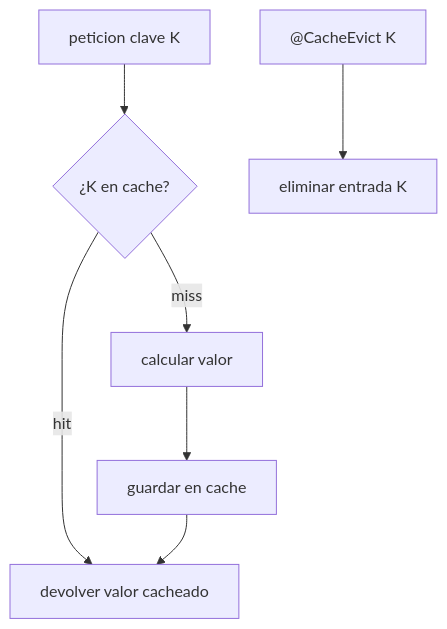
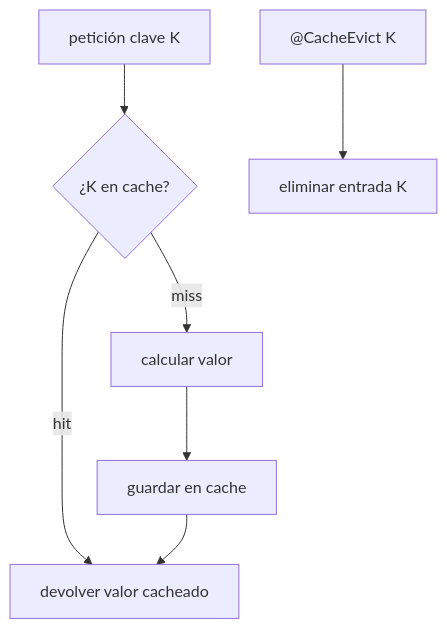
Before and after one commit to obiticadev/DAM-2025-26: the first of 5 diagrams in Programación/Aprendizaje autodidacta/11_APIRESTMasterclass/teoria/21_Rendimiento_Resiliencia.md, drawn with Mermaid. The commit also changed other lines of this file and 74 other files, not shown here.

````diff
--- a/Programación/Aprendizaje autodidacta/11_APIRESTMasterclass/teoria/21_Rendimiento_Resiliencia.md
+++ b/Programación/Aprendizaje autodidacta/11_APIRESTMasterclass/teoria/21_Rendimiento_Resiliencia.md
@@ -13,9 +35,9 @@
 ```mermaid
 flowchart TD
-    R[peticion clave K] --> H{¿K en cache?}
+    R[petición clave K] --> H{¿K en cache?}
     H -->|hit| V[devolver valor cacheado]
     H -->|miss| C[calcular valor]
     C --> S[guardar en cache]
     S --> V
     E["@CacheEvict K"] --> X[eliminar entrada K]
 ```
````
